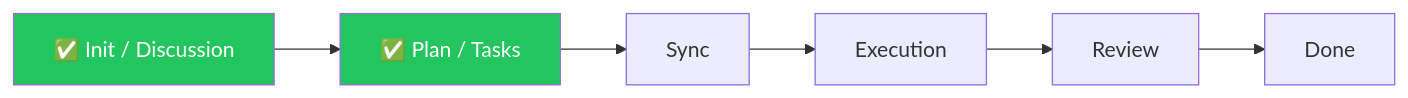
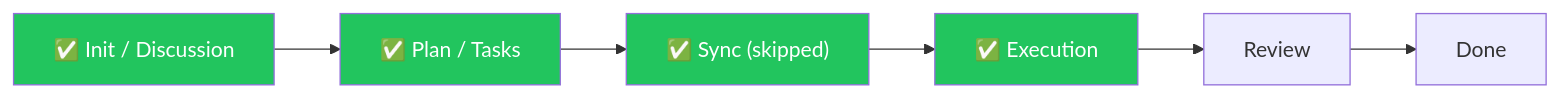
Before and after one commit to 2tsoftwareapp/super-template: the second of 2 diagrams in .agents/sessions/Task-5-coding-rules-brainstorming/OVERVIEW.md, drawn with Mermaid. The commit also changed other lines of this file and 17 other files, not shown here.

````diff
--- a/.agents/sessions/Task-5-coding-rules-brainstorming/OVERVIEW.md
+++ b/.agents/sessions/Task-5-coding-rules-brainstorming/OVERVIEW.md
@@ -27,10 +27,12 @@
 ```mermaid
 flowchart LR
   A["✅ Init / Discussion"] --> B["✅ Plan / Tasks"]
-  B --> C[Sync]
-  C --> D[Execution]
+  B --> C["✅ Sync (skipped)"]
+  C --> D["✅ Execution"]
   D --> E[Review]
   E --> F[Done]
   style A fill:#22c55e,color:#fff
   style B fill:#22c55e,color:#fff
+  style C fill:#22c55e,color:#fff
+  style D fill:#22c55e,color:#fff
 ```
````
